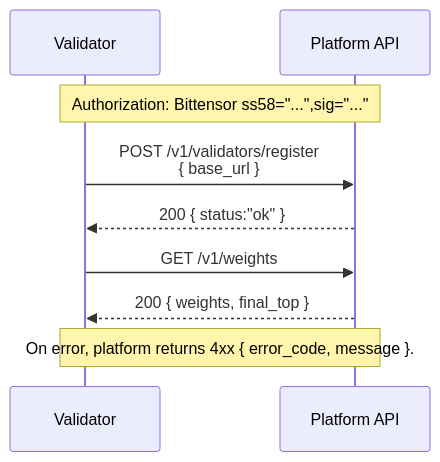
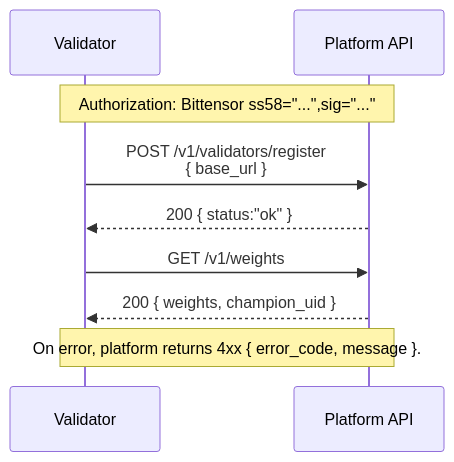
Before and after one commit to harnyx/harnyx: the seventh of 7 diagrams in docs/api/flows.md, drawn with Mermaid. The commit also changed 16 other files, not shown here.

````diff
--- a/docs/api/flows.md
+++ b/docs/api/flows.md
@@ -188,15 +188,15 @@
 ```mermaid
 sequenceDiagram
   participant V as Validator
   participant P as Platform API
 
   Note over V,P: Authorization: Bittensor ss58="...",sig="..."
 
   V->>P: POST /v1/validators/register<br/>{ base_url }
   P-->>V: 200 { status:"ok" }
 
   V->>P: GET /v1/weights
-  P-->>V: 200 { weights, final_top }
+  P-->>V: 200 { weights, champion_uid }
 
   Note over V,P: On error, platform returns 4xx { error_code, message }.
 ```
````
